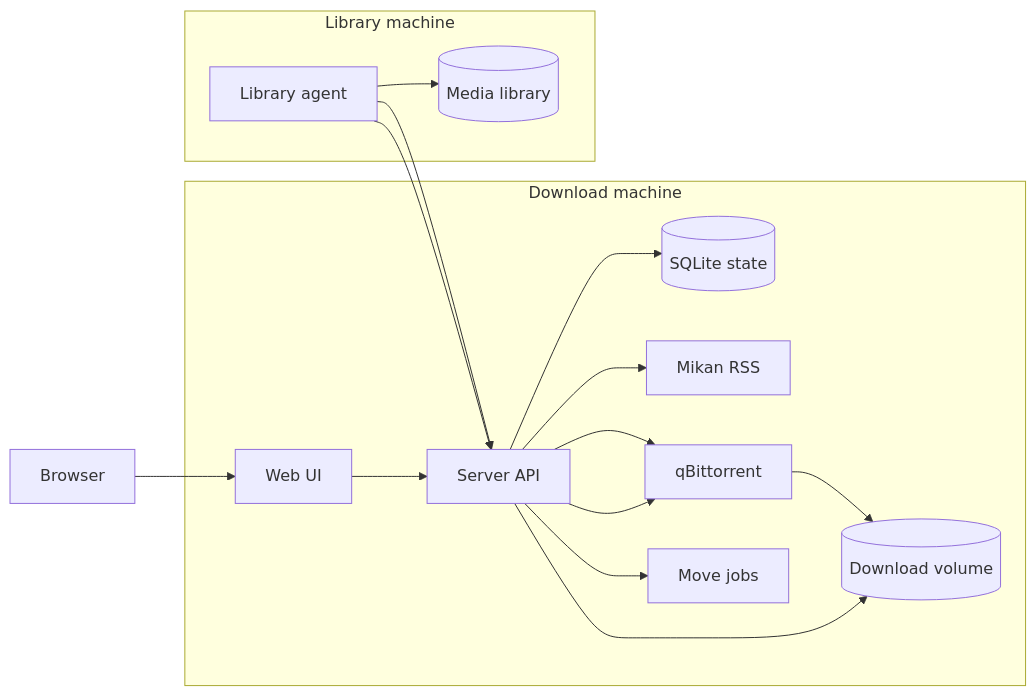
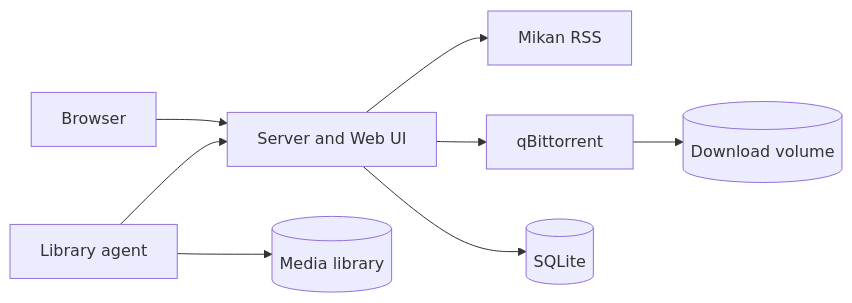
One commit to techiall/auto-bangumi changed the diagram in README.md. Above: the diagram before and after it, drawn with Mermaid. The commit also changed other lines of this file and 7 other files, not shown here.

````diff
--- a/README.md
+++ b/README.md
@@ -44,24 +38,10 @@
 ```mermaid
 graph LR
-  User[Browser] --> Web[Web UI]
-
-  subgraph DownloadMachine["Download machine"]
-    Web --> Server[Server API]
-    Server --> SQLite[(SQLite state)]
-    Server --> Mikan[Mikan RSS]
-    Server --> QB[qBittorrent]
-    QB --> Download[(Download volume)]
-    Server --> Jobs[Move jobs]
-  end
-
-  subgraph LibraryMachine["Library machine"]
-    Agent[Library agent]
-    Library[(Media library)]
-  end
-
-  Agent --> Server
-  Server --> Download
-  Agent --> Library
-  Agent --> Server
-  Server --> QB
+  User["Browser"] --> Server["Server and Web UI"]
+  Server --> Mikan["Mikan RSS"]
+  Server --> QB["qBittorrent"]
+  Server --> DB[("SQLite")]
+  QB --> Downloads[("Download volume")]
+  Agent["Library agent"] --> Server
+  Agent --> Library[("Media library")]
 ```
````
